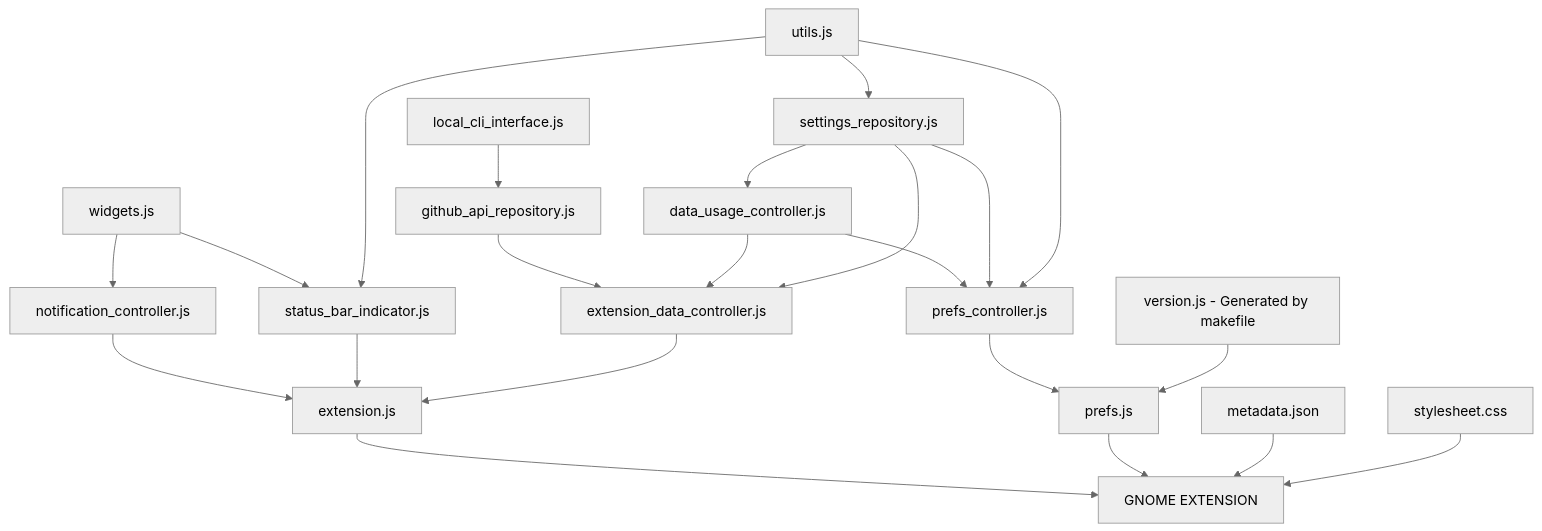
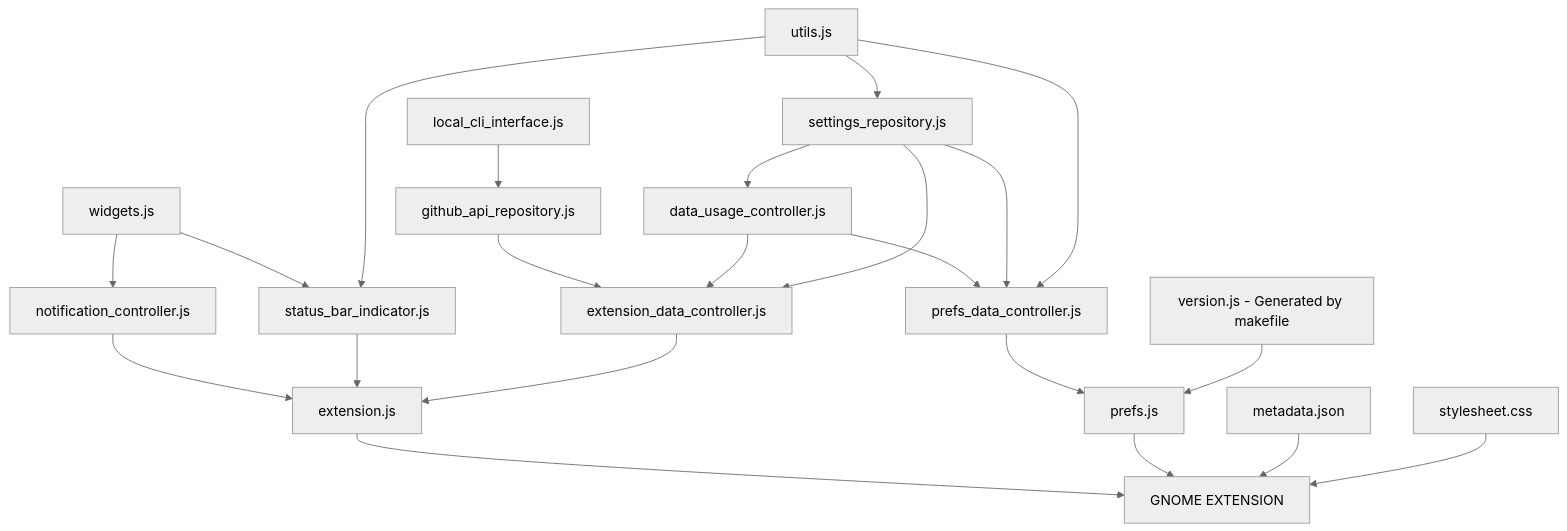
The diagram in README.md (arononak/github-actions-gnome-extension), drawn with Mermaid (neutral theme) before and after one commit.

````diff
--- a/README.md
+++ b/README.md
@@ -55,26 +55,26 @@
 ```mermaid
 graph TD;
     local_cli_interface.js-->github_api_repository.js;
     github_api_repository.js-->extension_data_controller.js;
     widgets.js-->status_bar_indicator.js;
     widgets.js-->notification_controller.js;
     notification_controller.js-->extension.js;
     status_bar_indicator.js-->extension.js;
     data_usage_controller.js-->extension_data_controller.js;
     extension_data_controller.js-->extension.js;
     settings_repository.js-->data_usage_controller.js;
     utils.js-->status_bar_indicator.js;
     utils.js-->settings_repository.js;
-    data_usage_controller.js-->prefs_controller.js;
-    settings_repository.js-->prefs_controller.js;
+    data_usage_controller.js-->prefs_data_controller.js;
+    settings_repository.js-->prefs_data_controller.js;
     settings_repository.js-->extension_data_controller.js;
-    utils.js-->prefs_controller.js;
-    prefs_controller.js-->prefs.js
+    utils.js-->prefs_data_controller.js;
+    prefs_data_controller.js-->prefs.js
 
     version.js[version.js - Generated by makefile]-->prefs.js;
 
     extension.js-->EXTENSION[GNOME EXTENSION]
     prefs.js-->EXTENSION[GNOME EXTENSION]
     metadata.json-->EXTENSION[GNOME EXTENSION]
     stylesheet.css-->EXTENSION[GNOME EXTENSION]
 ```
````
